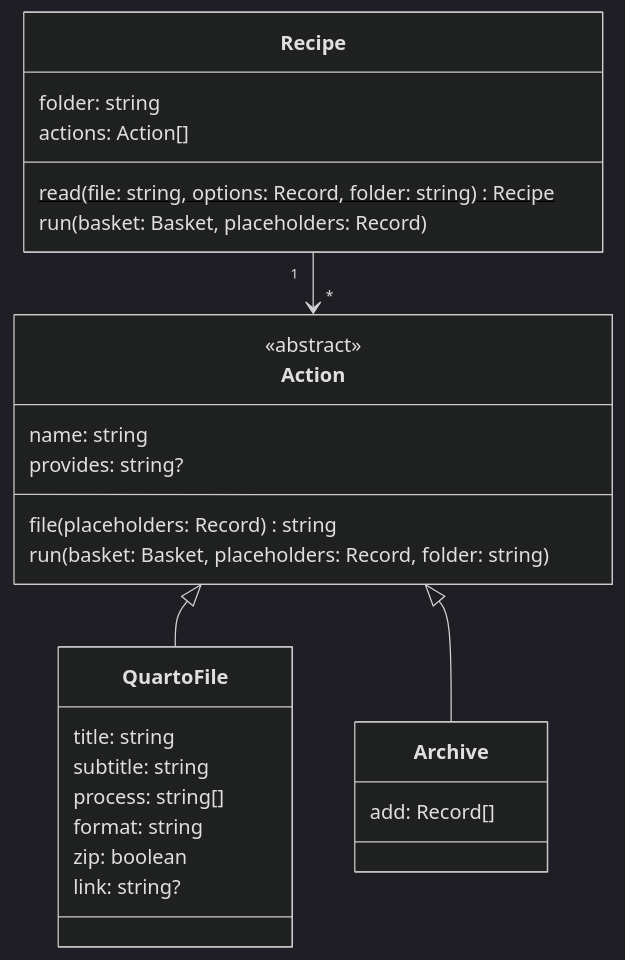
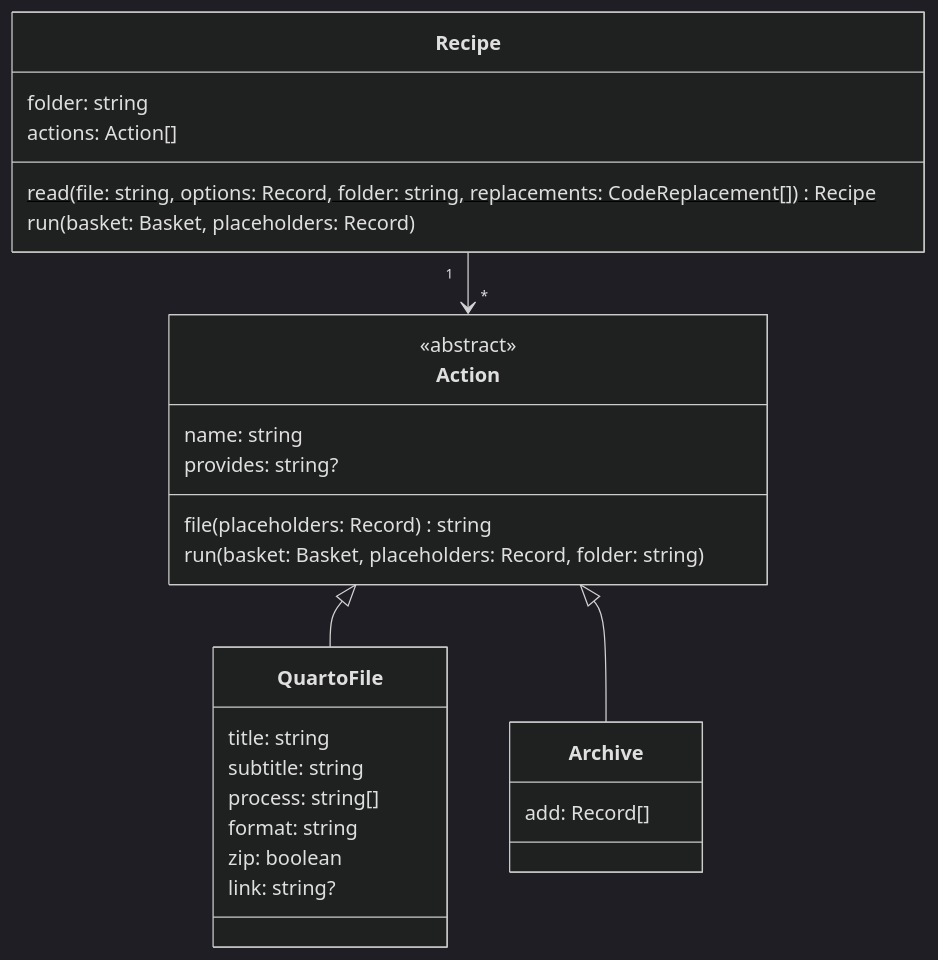
One commit to matthiasbaitsch/quarto-loi-moi changed the fifth of 6 diagrams in DESIGN.md. Above: the diagram before and after it, drawn with Mermaid (dark theme). The commit also changed other lines of this file and 8 other files, not shown here.

First line of the commit message:
Code replacements per processing step and language

````diff
--- a/DESIGN.md
+++ b/DESIGN.md
@@ -220,31 +235,31 @@
 ```mermaid
 classDiagram
   direction TD
   Recipe "1" --> "*" Action
   Action <|-- QuartoFile
   Action <|-- Archive
   class Recipe {
     folder: string
     actions: Action[]
-    read(file: string, options: Record, folder: string)$ Recipe
+    read(file: string, options: Record, folder: string, replacements: CodeReplacement[])$ Recipe
     run(basket: Basket, placeholders: Record)
   }
   class Action {
     <<abstract>>
     name: string
     provides: string?
     file(placeholders: Record) string
     run(basket: Basket, placeholders: Record, folder: string)
   }
   class QuartoFile {
     title: string
     subtitle: string
     process: string[]
     format: string
     zip: boolean
     link: string?
   }
   class Archive {
     add: Record[]
   }
 ```
````
